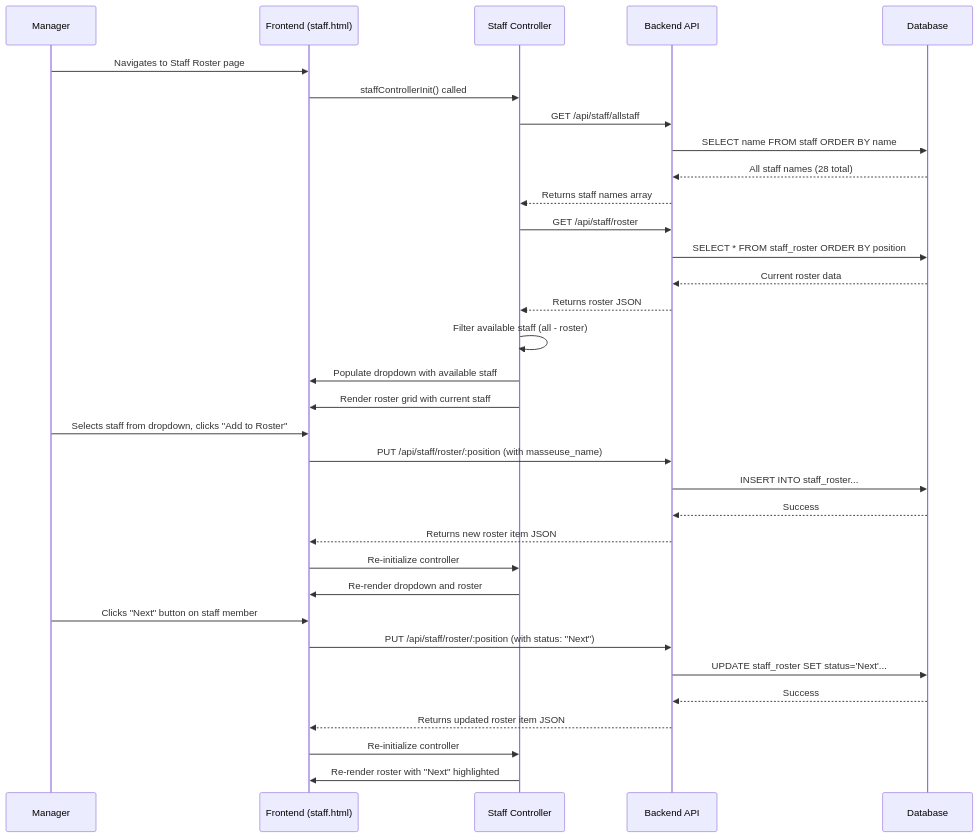
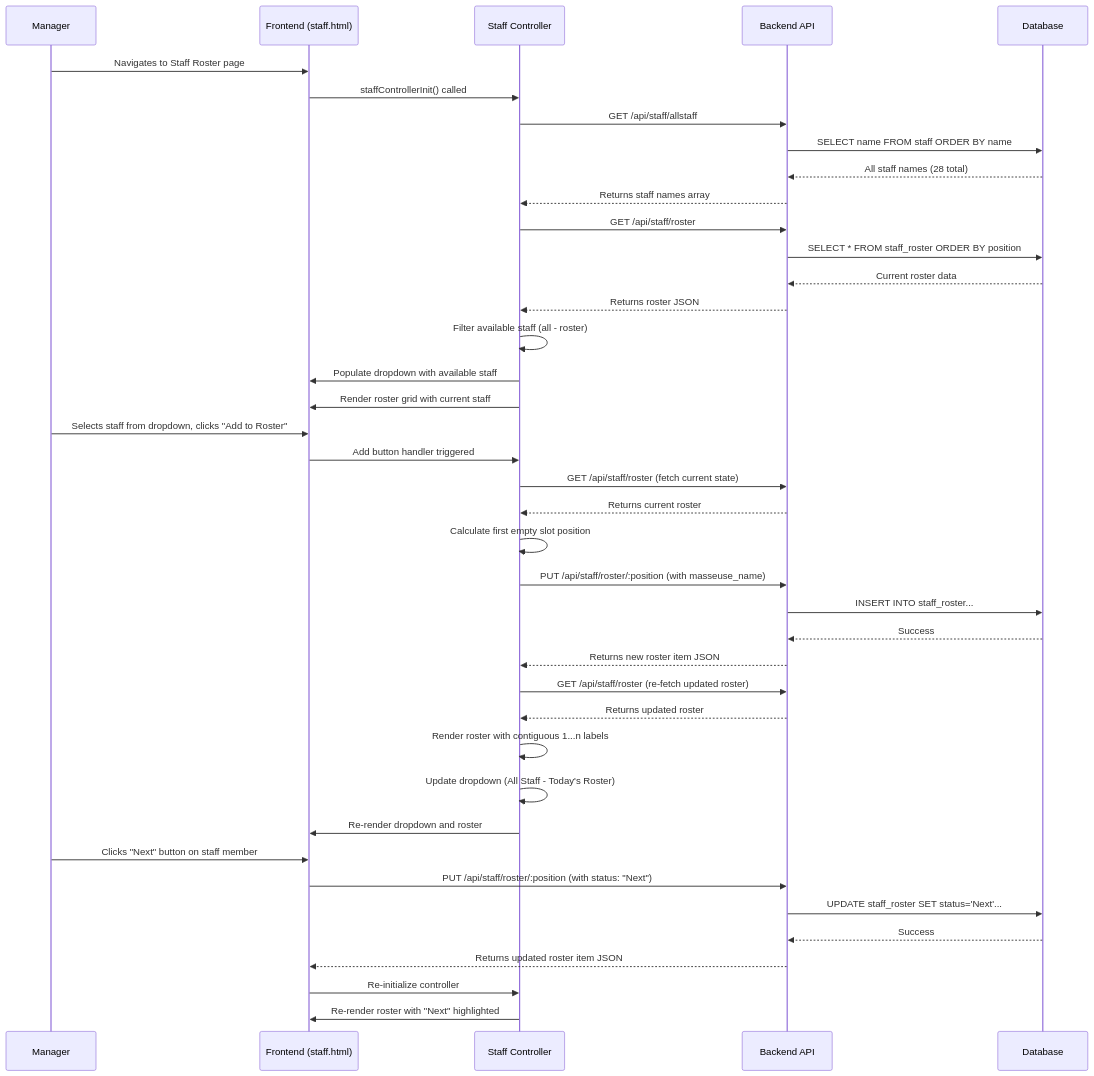
Before and after one commit to minipanther555/massage-shop-accounting: the third of 5 diagrams in 00-project-docs/new-docs/REPOSITORY_CONTEXT.md, drawn with Mermaid. The commit also changed other lines of this file and 5 other files, not shown here.

````diff
--- a/00-project-docs/new-docs/REPOSITORY_CONTEXT.md
+++ b/00-project-docs/new-docs/REPOSITORY_CONTEXT.md
@@ -212,39 +219,46 @@
 ```mermaid
 sequenceDiagram
     participant User as Manager
     participant FE as Frontend (staff.html)
     participant Ctrl as Staff Controller
     participant BE as Backend API
     participant DB as Database
 
     User->>FE: Navigates to Staff Roster page
     FE->>Ctrl: staffControllerInit() called
     Ctrl->>BE: GET /api/staff/allstaff
     BE->>DB: SELECT name FROM staff ORDER BY name
     DB-->>BE: All staff names (28 total)
     BE-->>Ctrl: Returns staff names array
     Ctrl->>BE: GET /api/staff/roster
     BE->>DB: SELECT * FROM staff_roster ORDER BY position
     DB-->>BE: Current roster data
     BE-->>Ctrl: Returns roster JSON
     Ctrl->>Ctrl: Filter available staff (all - roster)
     Ctrl->>FE: Populate dropdown with available staff
     Ctrl->>FE: Render roster grid with current staff
 
     User->>FE: Selects staff from dropdown, clicks "Add to Roster"
-    FE->>BE: PUT /api/staff/roster/:position (with masseuse_name)
+    FE->>Ctrl: Add button handler triggered
+    Ctrl->>BE: GET /api/staff/roster (fetch current state)
+    BE-->>Ctrl: Returns current roster
+    Ctrl->>Ctrl: Calculate first empty slot position
+    Ctrl->>BE: PUT /api/staff/roster/:position (with masseuse_name)
     BE->>DB: INSERT INTO staff_roster...
     DB-->>BE: Success
-    BE-->>FE: Returns new roster item JSON
-    FE->>Ctrl: Re-initialize controller
+    BE-->>Ctrl: Returns new roster item JSON
+    Ctrl->>BE: GET /api/staff/roster (re-fetch updated roster)
+    BE-->>Ctrl: Returns updated roster
+    Ctrl->>Ctrl: Render roster with contiguous 1...n labels
+    Ctrl->>Ctrl: Update dropdown (All Staff - Today's Roster)
     Ctrl->>FE: Re-render dropdown and roster
 
     User->>FE: Clicks "Next" button on staff member
     FE->>BE: PUT /api/staff/roster/:position (with status: "Next")
     BE->>DB: UPDATE staff_roster SET status='Next'...
     DB-->>BE: Success
     BE-->>FE: Returns updated roster item JSON
     FE->>Ctrl: Re-initialize controller
     Ctrl->>FE: Re-render roster with "Next" highlighted
 
 ```
````
